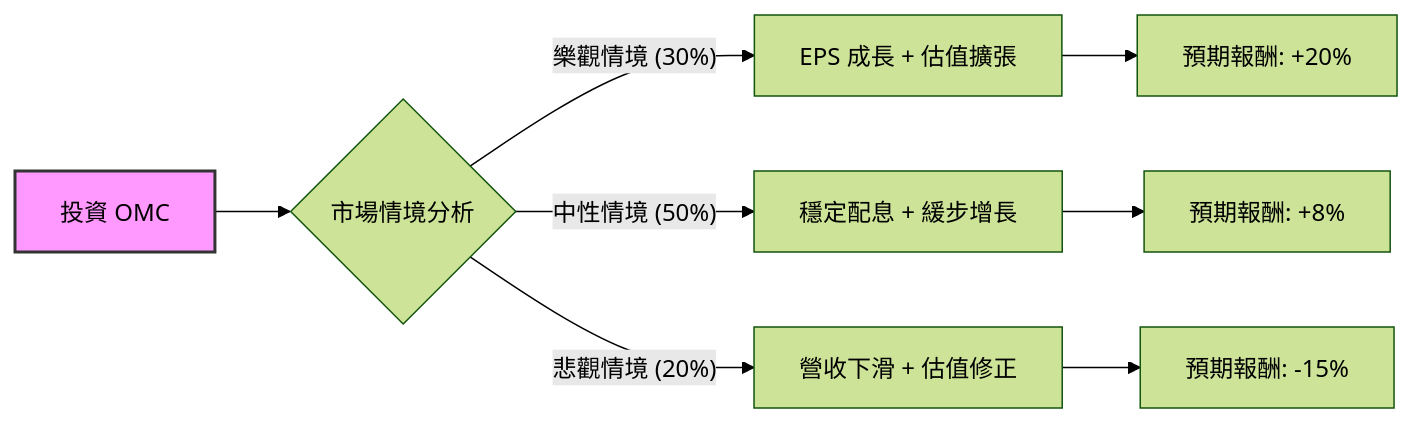
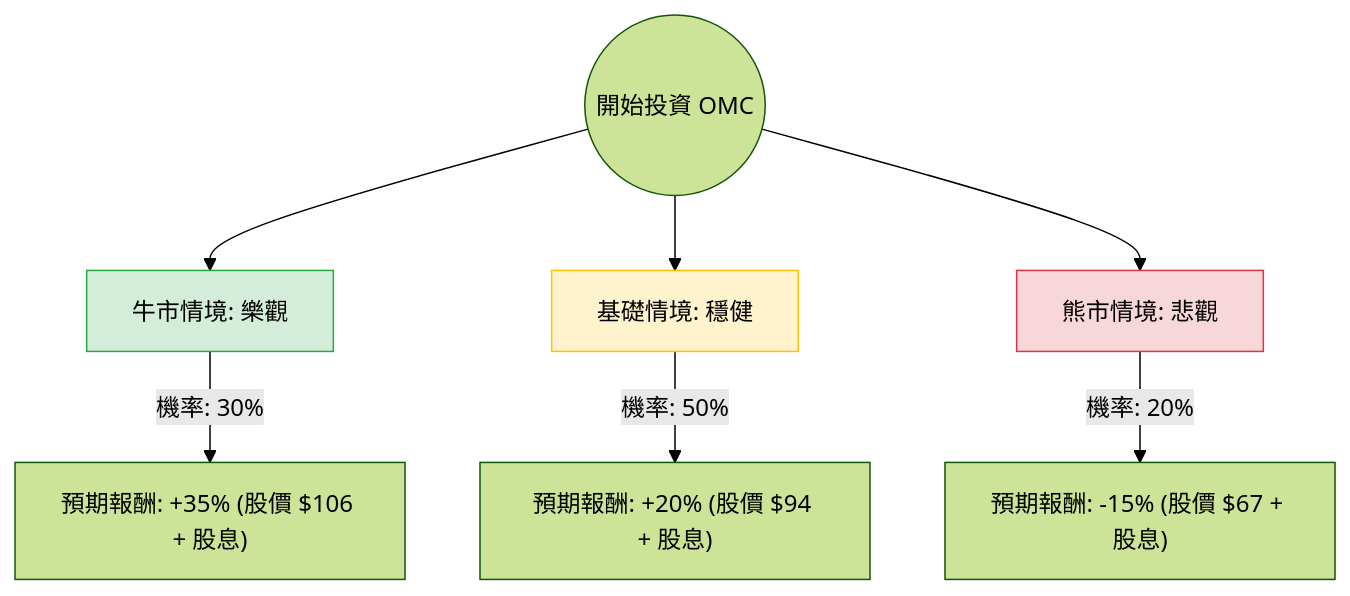
Before and after one commit to zmcx16/zmcx16.github.io: the diagram in plugin-react/ai-analysis/ev-analysis/OMC.md, drawn with Mermaid (forest theme). The commit also changed other lines of this file and 77 other files, not shown here.

````diff
--- a/plugin-react/ai-analysis/ev-analysis/OMC.md
+++ b/plugin-react/ai-analysis/ev-analysis/OMC.md
@@ -22,14 +18,14 @@
 ```mermaid
-graph LR
-    A[投資 OMC] --> B{市場情境分析}
-    
-    B -- 樂觀情境 (30%) --> C[EPS 成長 + 估值擴張]
-    B -- 中性情境 (50%) --> D[穩定配息 + 緩步增長]
-    B -- 悲觀情境 (20%) --> E[營收下滑 + 估值修正]
+graph TD
+    Start((開始投資 OMC)) --> Bull[牛市情境: 樂觀]
+    Start --> Base[基礎情境: 穩健]
+    Start --> Bear[熊市情境: 悲觀]
 
-    C --> C1[預期報酬: +20%]
-    D --> D1[預期報酬: +8%]
-    E --> E1[預期報酬: -15%]
+    Bull -- "機率: 30%" --> BullVal["預期報酬: +35% (股價 $106 + 股息)"]
+    Base -- "機率: 50%" --> BaseVal["預期報酬: +20% (股價 $94 + 股息)"]
+    Bear -- "機率: 20%" --> BearVal["預期報酬: -15% (股價 $67 + 股息)"]
 
-    style A fill:#f9f,stroke:#333,stroke-width:2px
+    style Bull fill:#d4edda,stroke:#28a745
+    style Base fill:#fff3cd,stroke:#ffc107
+    style Bear fill:#f8d7da,stroke:#dc3545
 ```
````
